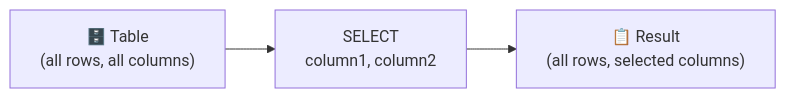
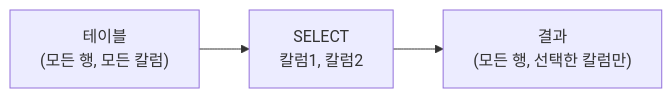
The diagram in docs/ko/beginner/01-select.md (civilian7/sql-tutorial), drawn with Mermaid before and after one commit. The commit also changed other lines of this file and 5 other files, not shown here.

````diff
--- a/docs/ko/beginner/01-select.md
+++ b/docs/ko/beginner/01-select.md
@@ -5,4 +7,7 @@
 ```mermaid
 flowchart LR
-    T["🗄️ Table\n(all rows, all columns)"] --> S["SELECT\ncolumn1, column2"] --> R["📋 Result\n(all rows, selected columns)"]
+    T["테이블
+    (모든 행, 모든 칼럼)"] --> S["SELECT
+    칼럼1, 칼럼2"] --> R["결과
+    (모든 행, 선택한 칼럼만)"]
 ```
````
